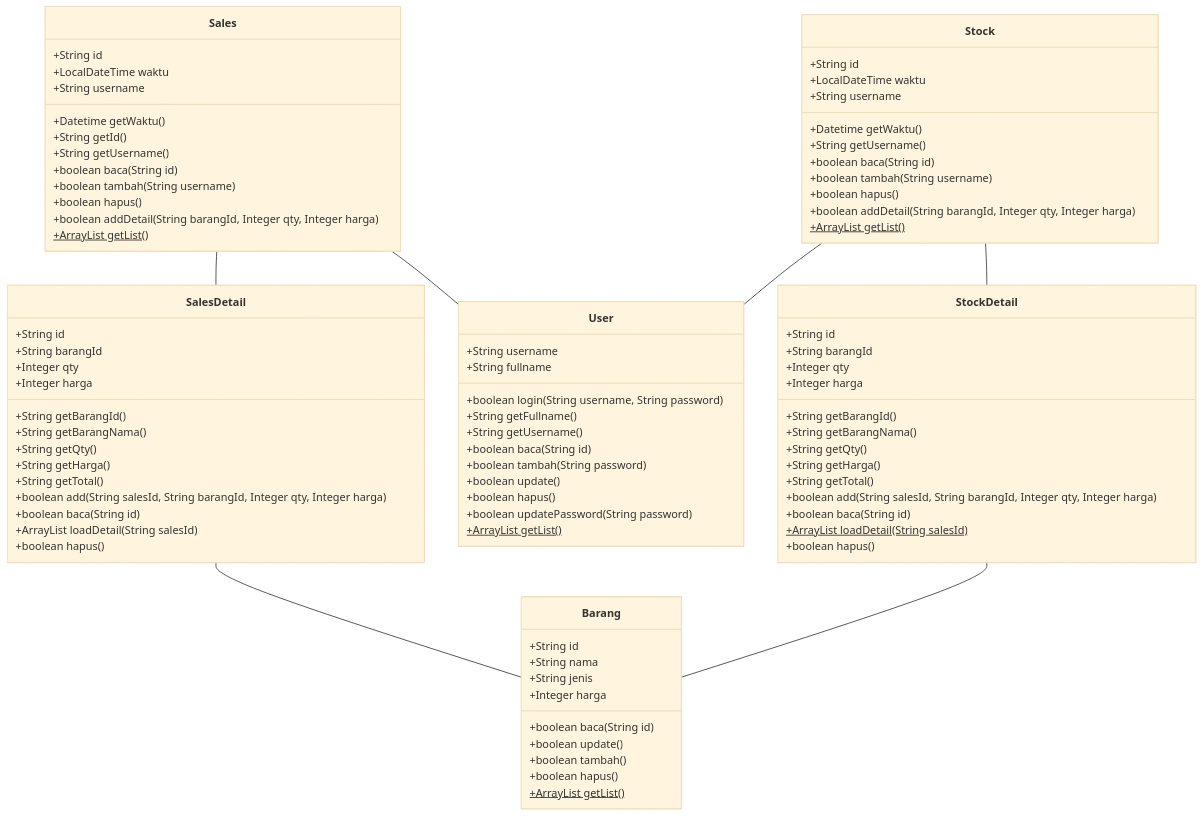
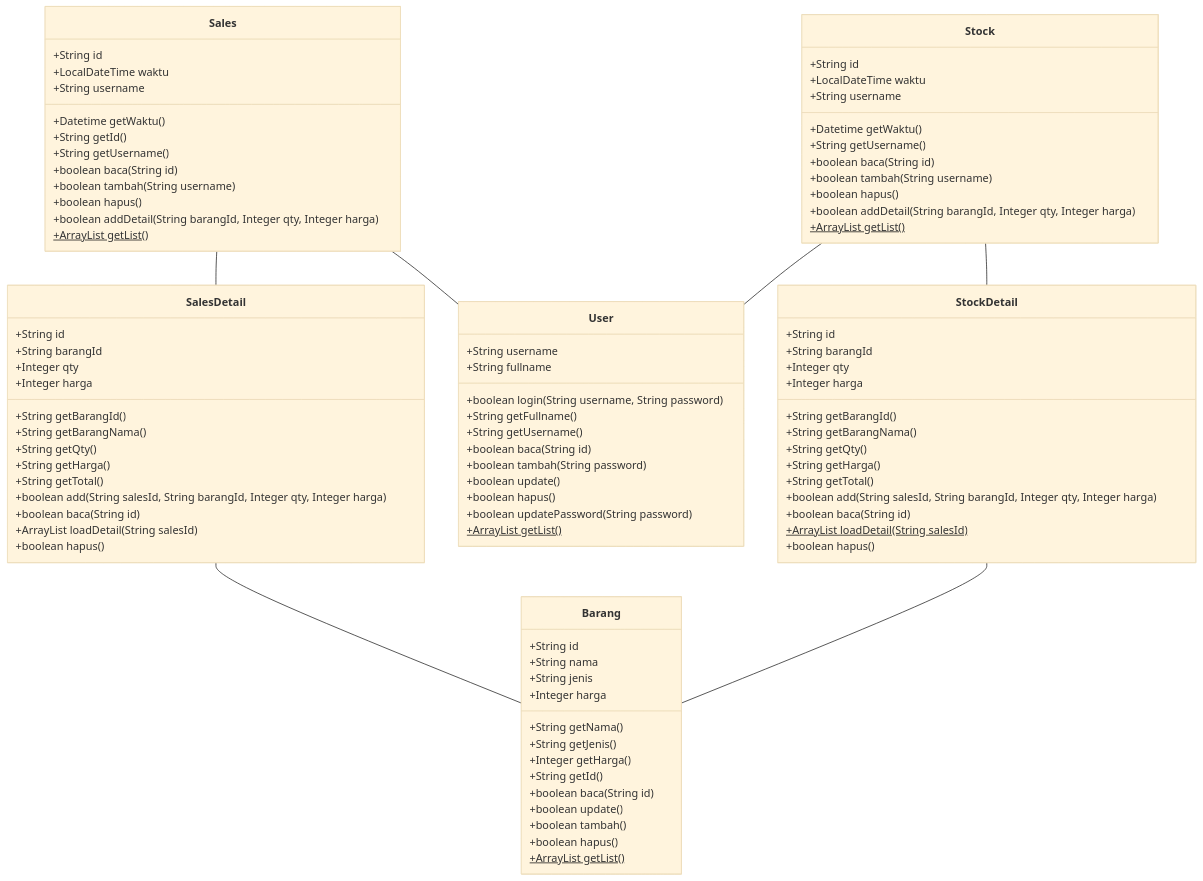
One commit to ruang-belajar/java-ee changed the diagram in latihan/project-1.md. Above: the diagram before and after it, drawn with Mermaid (base theme). The commit also changed other lines of this file, not shown here.

```diff
--- a/latihan/project-1.md
+++ b/latihan/project-1.md
@@ -81,6 +79,10 @@
             +String nama
             +String jenis
             +Integer harga
+            +String getNama()
+            +String getJenis()
+            +Integer getHarga()
+            +String getId()
             +boolean baca(String id)
             +boolean update()
             +boolean tambah()
```
